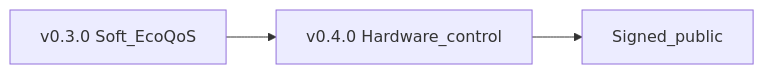
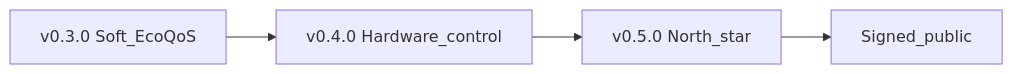
Before and after one commit to Dendro-X0/Unstick: the diagram in docs/roadmap-next-release.md, drawn with Mermaid. The commit also changed other lines of this file and 32 other files, not shown here.

First line of the commit message:
Release Unstick 0.5.0: freeze-safe hardware control and north-star UX.

````diff
--- a/docs/roadmap-next-release.md
+++ b/docs/roadmap-next-release.md
@@ -8,7 +8,8 @@
 ```mermaid
 flowchart LR
   v03[v0.3.0 Soft_EcoQoS]
   v04[v0.4.0 Hardware_control]
+  v05[v0.5.0 North_star]
   sign[Signed_public]
-  v03 --> v04 --> sign
+  v03 --> v04 --> v05 --> sign
 ```
````
